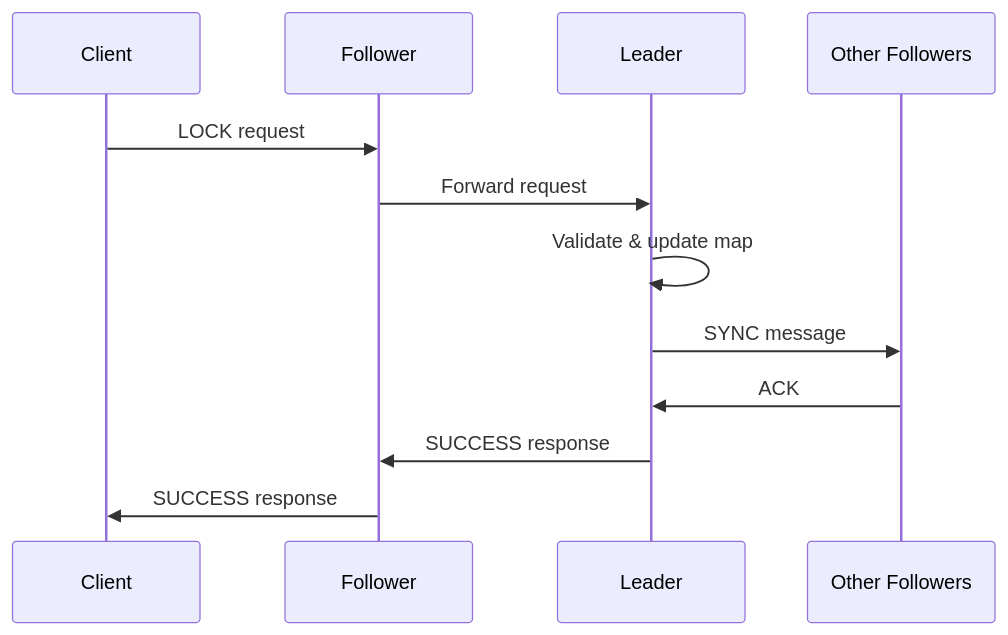
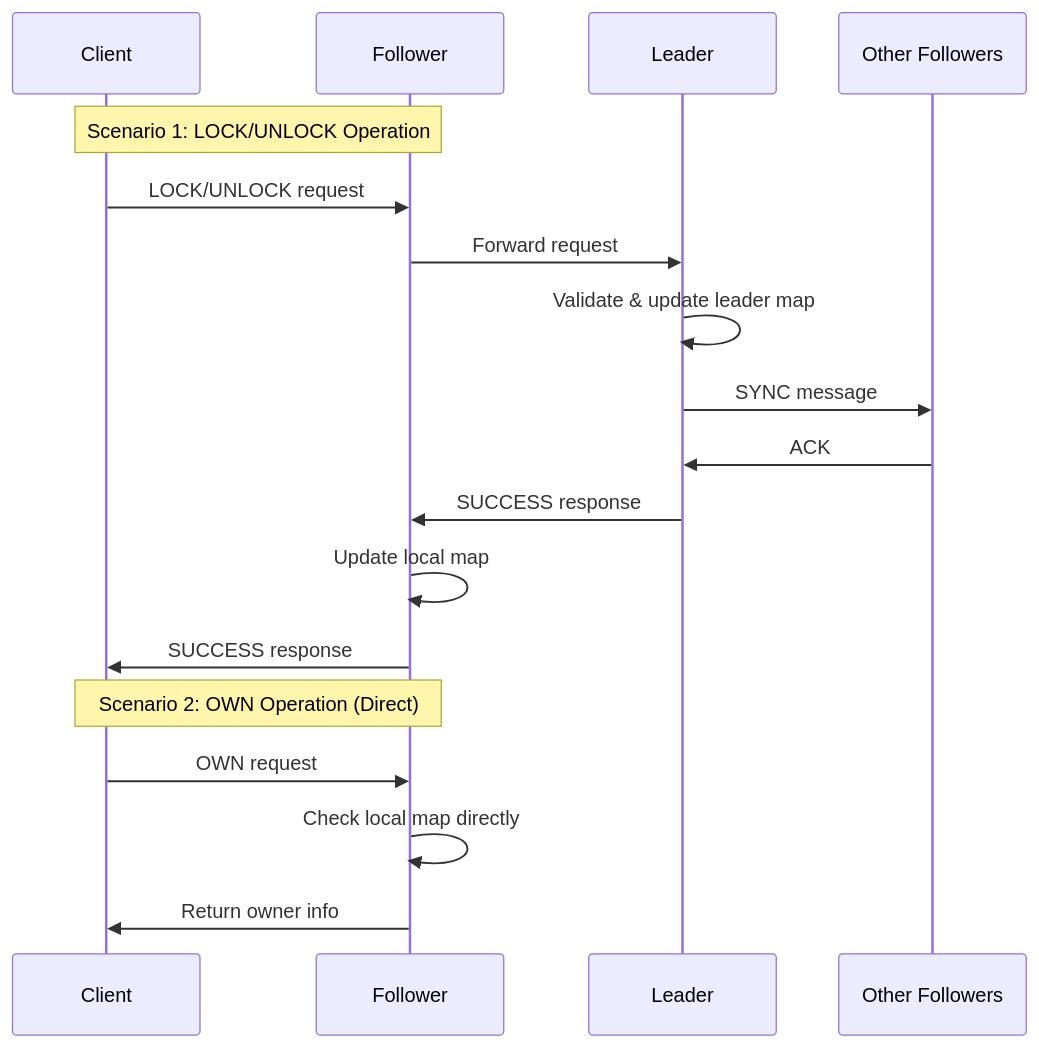
The diagram in README.md (alexandrabaron/Distributed-Lock-System), drawn with Mermaid before and after one commit.

Commit message:
graph of data flux corrs

````diff
--- a/README.md
+++ b/README.md
@@ -201,15 +201,22 @@
 ```mermaid
 sequenceDiagram
     participant C as Client
     participant F as Follower
     participant L as Leader
     participant F2 as Other Followers
 
-    C->>F: LOCK request
+    Note over C,F: Scenario 1: LOCK/UNLOCK Operation
+    C->>F: LOCK/UNLOCK request
     F->>L: Forward request
-    L->>L: Validate & update map
+    L->>L: Validate & update leader map
     L->>F2: SYNC message
     F2->>L: ACK
     L->>F: SUCCESS response
+    F->>F: Update local map
     F->>C: SUCCESS response
+
+    Note over C,F: Scenario 2: OWN Operation (Direct)
+    C->>F: OWN request
+    F->>F: Check local map directly
+    F->>C: Return owner info
 ```
````
